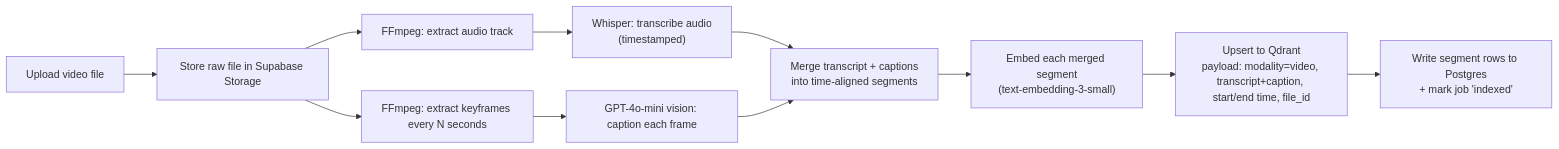
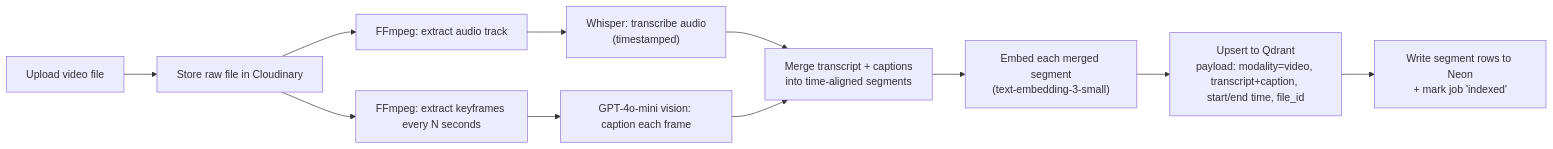
One commit to OmgItsAmmer/Scrutinize changed the fourth of 5 diagrams in docs/architecture/architecture.md. Above: the diagram before and after it, drawn with Mermaid. The commit also changed other lines of this file and 70 other files, not shown here.

````diff
--- a/docs/architecture/architecture.md
+++ b/docs/architecture/architecture.md
@@ -186,13 +191,13 @@
 ```mermaid
 flowchart LR
-    A[Upload video file] --> B[Store raw file in Supabase Storage]
+    A[Upload video file] --> B[Store raw file in Cloudinary]
     B --> C["FFmpeg: extract audio track"]
     B --> D["FFmpeg: extract keyframes every N seconds"]
     C --> E["Whisper: transcribe audio<br/>(timestamped)"]
     D --> F["GPT-4o-mini vision: caption each frame"]
     E --> G["Merge transcript + captions<br/>into time-aligned segments"]
     F --> G
     G --> H["Embed each merged segment<br/>(text-embedding-3-small)"]
     H --> I["Upsert to Qdrant<br/>payload: modality=video, transcript+caption, start/end time, file_id"]
-    I --> J["Write segment rows to Postgres<br/>+ mark job 'indexed'"]
+    I --> J["Write segment rows to Neon<br/>+ mark job 'indexed'"]
 ```
````
